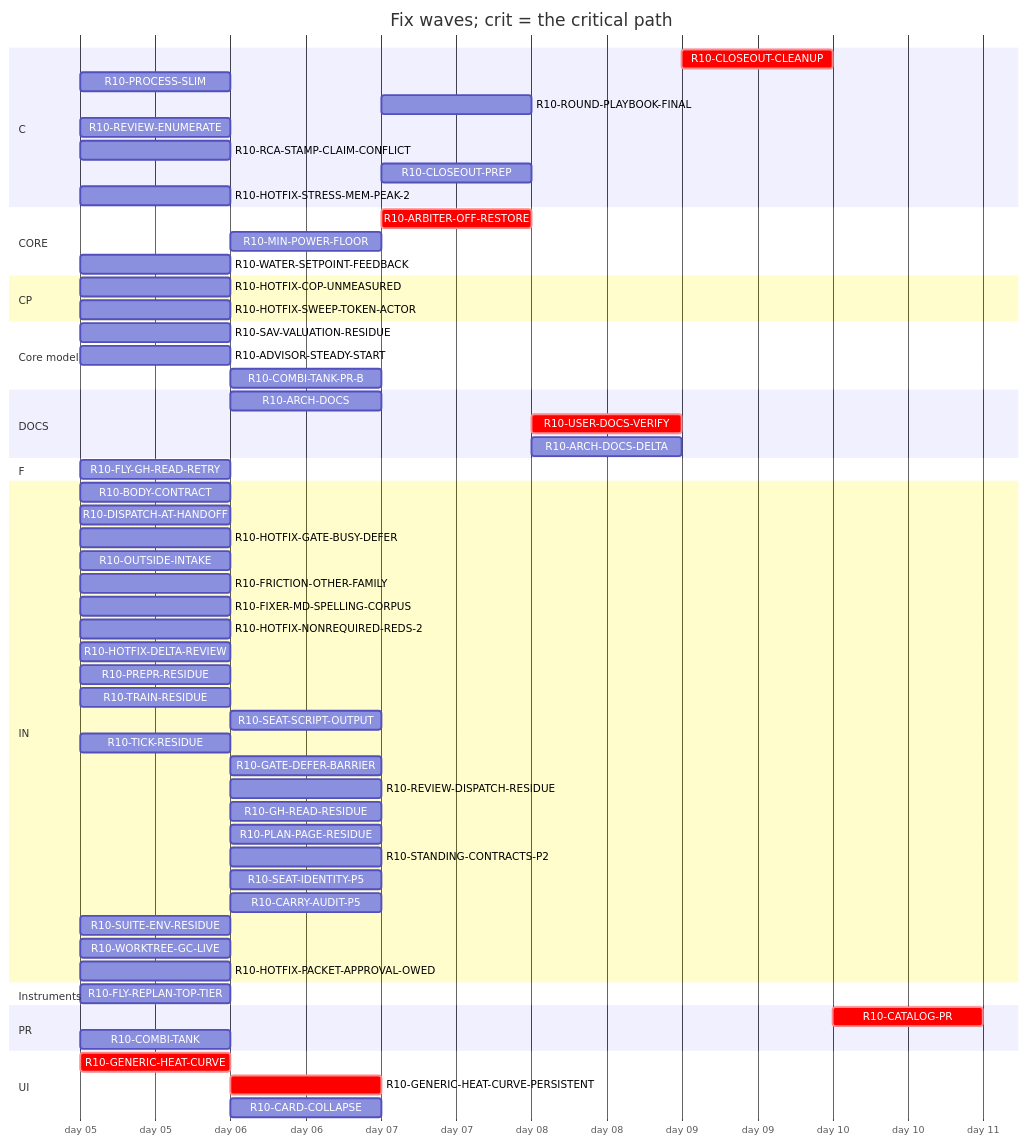
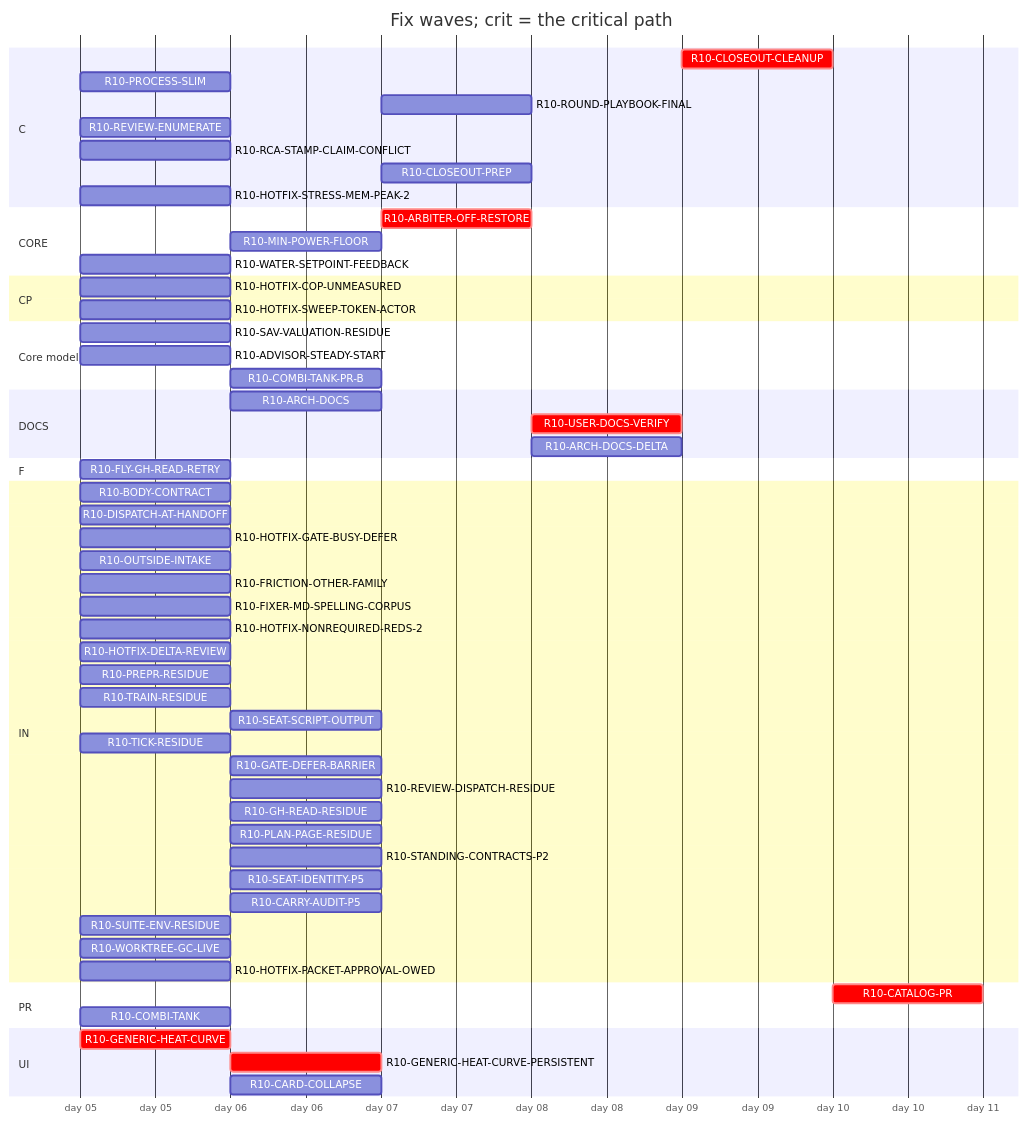
The diagram in handoff/round10/state/PLAN-TABLE.md (tvofi/heatpump_optimizer), drawn with Mermaid before and after one commit. The commit also changed other lines of this file and 3 other files, not shown here.

Commit message:
state: FLOW-BOARD.md, NEXT-SESSION-PROMPT.md, PLAN-TABLE.md, RESUME-CURRENT.md regenerated (state_docs.py)

````diff
--- a/handoff/round10/state/PLAN-TABLE.md
+++ b/handoff/round10/state/PLAN-TABLE.md
@@ -23,63 +22,61 @@
 ```mermaid
 gantt
   title Fix waves; crit = the critical path
   dateFormat YYYY-MM-DD
   axisFormat day %d
   section C
     R10-CLOSEOUT-CLEANUP :crit, r10CLOSEOUTCLEANUP, after r10ARCHDOCS r10USERDOCSVERIFY r10ROUNDPLAYBOOKFINAL r10FRICTIONOTHERFAMILY r10CLOSEOUTPREP r10ARCHDOCSDELTA, 1d
     R10-PROCESS-SLIM :r10PROCESSSLIM, 2026-01-05, 1d
     R10-ROUND-PLAYBOOK-FINAL :r10ROUNDPLAYBOOKFINAL, after r10DISPATCHATHANDOFF r10BODYCONTRACT r10FLYGHREADRETRY r10PROCESSSLIM r10OUTSIDEINTAKE r10FRICTIONOTHERFAMILY r10FIXERMDSPELLINGCORPUS r10PREPRRESIDUE r10SEATSCRIPTOUTPUT r10REVIEWDISPATCHRESIDUE r10CARRYAUDITP5 r10TICKRESIDUE r10SEATIDENTITYP5 r10STANDINGCONTRACTSP2 r10PLANPAGERESIDUE r10TRAINRESIDUE r10GHREADRESIDUE r10SUITEENVRESIDUE r10GATEDEFERBARRIER r10WORKTREEGCLIVE, 1d
     R10-REVIEW-ENUMERATE :r10REVIEWENUMERATE, 2026-01-05, 1d
     R10-RCA-STAMP-CLAIM-CONFLICT :r10RCASTAMPCLAIMCONFLICT, 2026-01-05, 1d
     R10-CLOSEOUT-PREP :r10CLOSEOUTPREP, after r10ARCHDOCS r10DISPATCHATHANDOFF r10BODYCONTRACT r10FLYGHREADRETRY r10PROCESSSLIM r10OUTSIDEINTAKE r10FRICTIONOTHERFAMILY r10FIXERMDSPELLINGCORPUS r10PREPRRESIDUE r10SEATSCRIPTOUTPUT r10REVIEWDISPATCHRESIDUE r10CARRYAUDITP5 r10TICKRESIDUE r10SEATIDENTITYP5 r10STANDINGCONTRACTSP2 r10PLANPAGERESIDUE r10TRAINRESIDUE r10GHREADRESIDUE r10SUITEENVRESIDUE r10GATEDEFERBARRIER r10WORKTREEGCLIVE, 1d
     R10-HOTFIX-STRESS-MEM-PEAK-2 :r10HOTFIXSTRESSMEMPEAK2, 2026-01-05, 1d
   section CORE
     R10-ARBITER-OFF-RESTORE :crit, r10ARBITEROFFRESTORE, after r10GENERICHEATCURVE r10GENERICHEATCURVEPERSISTENT r10WATERSETPOINTFEEDBACK, 1d
     R10-MIN-POWER-FLOOR :r10MINPOWERFLOOR, after r10HOTFIXCOPUNMEASURED r10GENERICHEATCURVE, 1d
     R10-WATER-SETPOINT-FEEDBACK :r10WATERSETPOINTFEEDBACK, 2026-01-05, 1d
   section CP
     R10-HOTFIX-COP-UNMEASURED :r10HOTFIXCOPUNMEASURED, 2026-01-05, 1d
     R10-HOTFIX-SWEEP-TOKEN-ACTOR :r10HOTFIXSWEEPTOKENACTOR, 2026-01-05, 1d
   section Core model
     R10-SAV-VALUATION-RESIDUE :r10SAVVALUATIONRESIDUE, 2026-01-05, 1d
     R10-ADVISOR-STEADY-START :r10ADVISORSTEADYSTART, 2026-01-05, 1d
     R10-COMBI-TANK-PR-B :r10COMBITANKPRB, after r10COMBITANK, 1d
   section DOCS
     R10-ARCH-DOCS :r10ARCHDOCS, after r10DISPATCHATHANDOFF r10BODYCONTRACT r10FLYGHREADRETRY r10PROCESSSLIM r10OUTSIDEINTAKE r10FRICTIONOTHERFAMILY, 1d
     R10-USER-DOCS-VERIFY :crit, r10USERDOCSVERIFY, after r10HOTFIXCOPUNMEASURED r10GENERICHEATCURVE r10GENERICHEATCURVEPERSISTENT r10ARBITEROFFRESTORE r10COMBITANK r10MINPOWERFLOOR, 1d
     R10-ARCH-DOCS-DELTA :r10ARCHDOCSDELTA, after r10ARCHDOCS r10HOTFIXCOPUNMEASURED r10GENERICHEATCURVE r10GENERICHEATCURVEPERSISTENT r10ARBITEROFFRESTORE r10COMBITANK r10MINPOWERFLOOR r10SAVVALUATIONRESIDUE r10ADVISORSTEADYSTART r10COMBITANKPRB, 1d
   section F
     R10-FLY-GH-READ-RETRY :r10FLYGHREADRETRY, 2026-01-05, 1d
   section IN
     R10-BODY-CONTRACT :r10BODYCONTRACT, 2026-01-05, 1d
     R10-DISPATCH-AT-HANDOFF :r10DISPATCHATHANDOFF, 2026-01-05, 1d
     R10-HOTFIX-GATE-BUSY-DEFER :r10HOTFIXGATEBUSYDEFER, 2026-01-05, 1d
     R10-OUTSIDE-INTAKE :r10OUTSIDEINTAKE, 2026-01-05, 1d
     R10-FRICTION-OTHER-FAMILY :r10FRICTIONOTHERFAMILY, 2026-01-05, 1d
     R10-FIXER-MD-SPELLING-CORPUS :r10FIXERMDSPELLINGCORPUS, 2026-01-05, 1d
     R10-HOTFIX-NONREQUIRED-REDS-2 :r10HOTFIXNONREQUIREDREDS2, 2026-01-05, 1d
     R10-HOTFIX-DELTA-REVIEW :r10HOTFIXDELTAREVIEW, 2026-01-05, 1d
     R10-PREPR-RESIDUE :r10PREPRRESIDUE, 2026-01-05, 1d
     R10-TRAIN-RESIDUE :r10TRAINRESIDUE, 2026-01-05, 1d
     R10-SEAT-SCRIPT-OUTPUT :r10SEATSCRIPTOUTPUT, after r10TRAINRESIDUE, 1d
     R10-TICK-RESIDUE :r10TICKRESIDUE, 2026-01-05, 1d
     R10-GATE-DEFER-BARRIER :r10GATEDEFERBARRIER, after r10TRAINRESIDUE r10TICKRESIDUE, 1d
     R10-REVIEW-DISPATCH-RESIDUE :r10REVIEWDISPATCHRESIDUE, after r10DISPATCHATHANDOFF r10REVIEWENUMERATE r10HOTFIXDELTAREVIEW r10PROCESSSLIM, 1d
     R10-GH-READ-RESIDUE :r10GHREADRESIDUE, after r10FLYGHREADRETRY, 1d
     R10-PLAN-PAGE-RESIDUE :r10PLANPAGERESIDUE, after r10OUTSIDEINTAKE, 1d
     R10-STANDING-CONTRACTS-P2 :r10STANDINGCONTRACTSP2, after r10FIXERMDSPELLINGCORPUS, 1d
     R10-SEAT-IDENTITY-P5 :r10SEATIDENTITYP5, after r10TICKRESIDUE, 1d
     R10-CARRY-AUDIT-P5 :r10CARRYAUDITP5, after r10BODYCONTRACT, 1d
     R10-SUITE-ENV-RESIDUE :r10SUITEENVRESIDUE, 2026-01-05, 1d
     R10-WORKTREE-GC-LIVE :r10WORKTREEGCLIVE, 2026-01-05, 1d
     R10-HOTFIX-PACKET-APPROVAL-OWED :r10HOTFIXPACKETAPPROVALOWED, 2026-01-05, 1d
-  section Instruments
-    R10-FLY-REPLAN-TOP-TIER :r10FLYREPLANTOPTIER, 2026-01-05, 1d
   section PR
     R10-CATALOG-PR :crit, r10CATALOGPR, after r10USERDOCSVERIFY r10ARCHDOCS r10ROUNDPLAYBOOKFINAL r10CLOSEOUTCLEANUP r10CLOSEOUTPREP r10ARCHDOCSDELTA, 1d
     R10-COMBI-TANK :r10COMBITANK, 2026-01-05, 1d
   section UI
     R10-GENERIC-HEAT-CURVE :crit, r10GENERICHEATCURVE, 2026-01-05, 1d
     R10-GENERIC-HEAT-CURVE-PERSISTENT :crit, r10GENERICHEATCURVEPERSISTENT, after r10GENERICHEATCURVE, 1d
     R10-CARD-COLLAPSE :r10CARDCOLLAPSE, after r10HOTFIXCOPUNMEASURED, 1d
 ```
````
